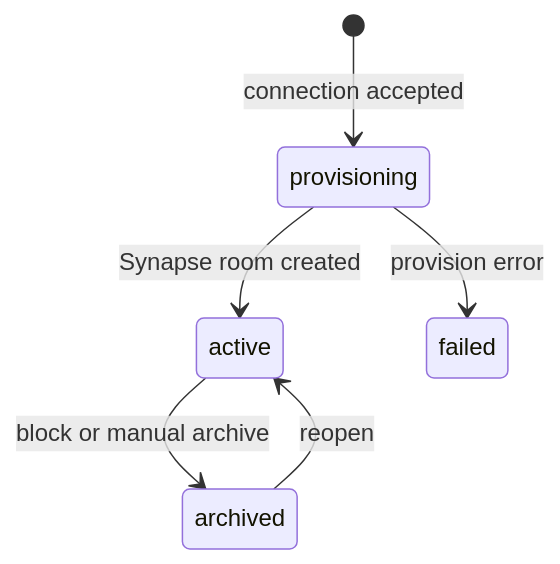
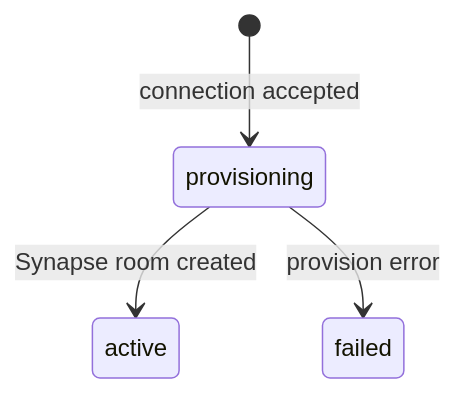
One commit to Premaramkarthik/chatapp-backend changed the third of 9 diagrams in docs/matrix-chat-platform.md. Above: the diagram before and after it, drawn with Mermaid. The commit also changed other lines of this file and 53 other files, not shown here.

````diff
--- a/docs/matrix-chat-platform.md
+++ b/docs/matrix-chat-platform.md
@@ -243,8 +244,6 @@
 ```mermaid
 stateDiagram-v2
     [*] --> provisioning: connection accepted
     provisioning --> active: Synapse room created
     provisioning --> failed: provision error
-    active --> archived: block or manual archive
-    archived --> active: reopen
 ```
````
